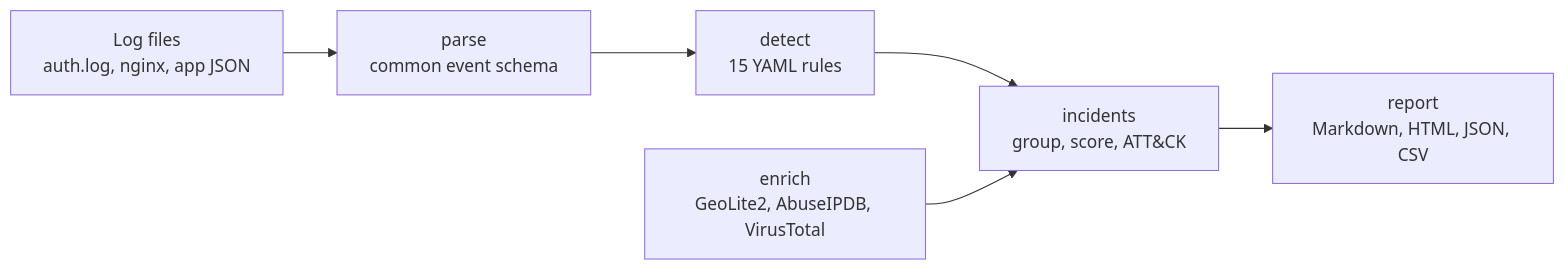
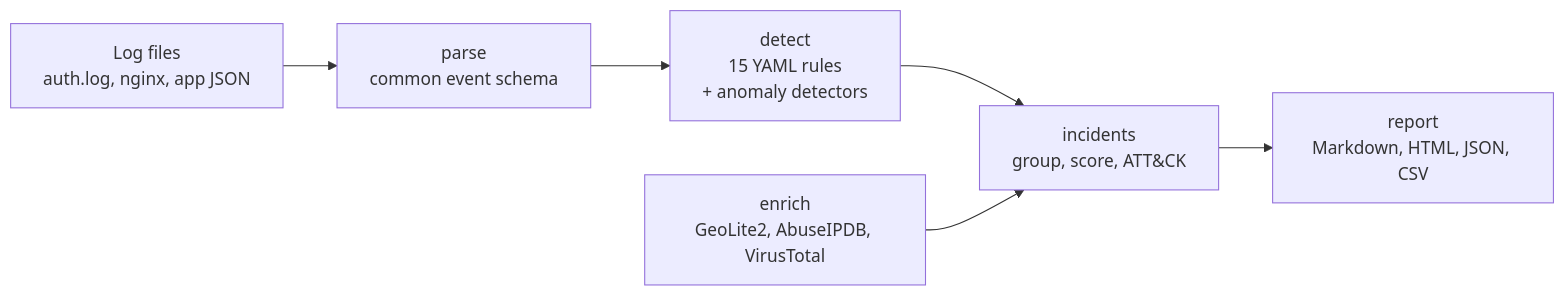
One commit to UtshaBasak/Prohori changed the diagram in README.md. Above: the diagram before and after it, drawn with Mermaid. The commit also changed other lines of this file and 8 other files, not shown here.

````diff
--- a/README.md
+++ b/README.md
@@ -83,8 +83,8 @@
 ```mermaid
 flowchart LR
     A[Log files<br>auth.log, nginx, app JSON] --> B[parse<br>common event schema]
-    B --> C[detect<br>15 YAML rules]
+    B --> C[detect<br>15 YAML rules<br>+ anomaly detectors]
     C --> D[incidents<br>group, score, ATT&CK]
     E[enrich<br>GeoLite2, AbuseIPDB, VirusTotal] --> D
     D --> F[report<br>Markdown, HTML, JSON, CSV]
 ```
````
